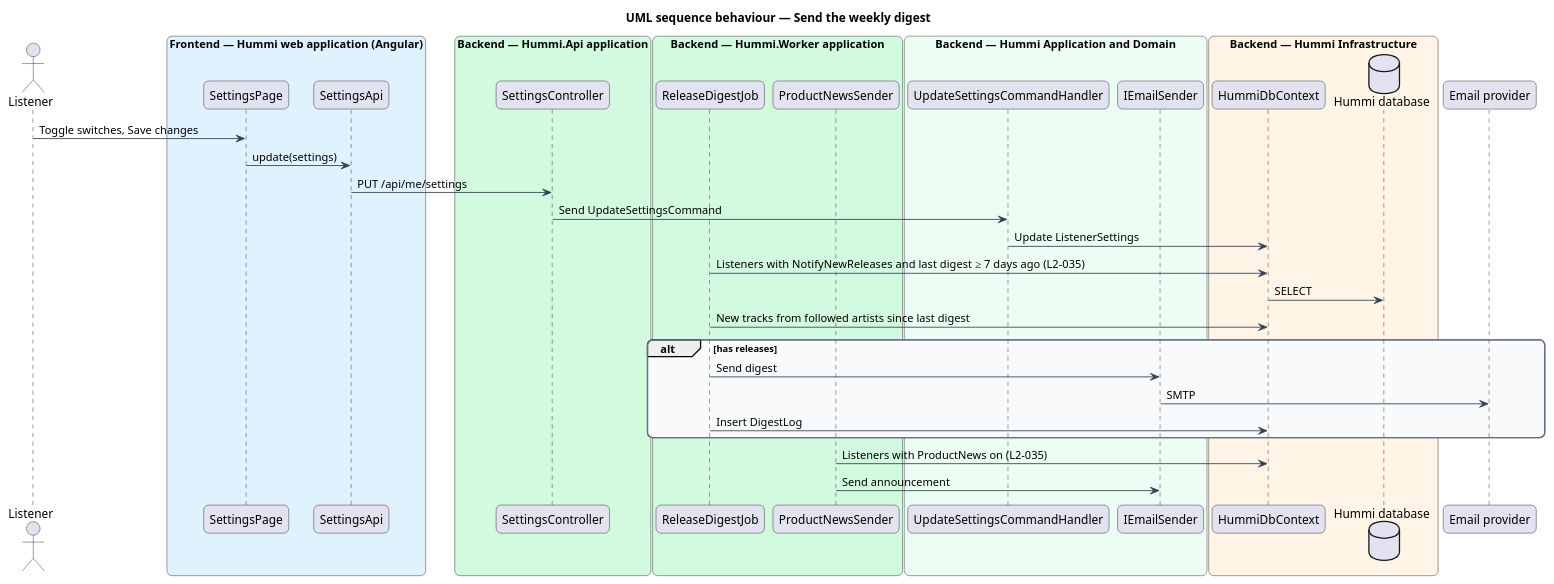
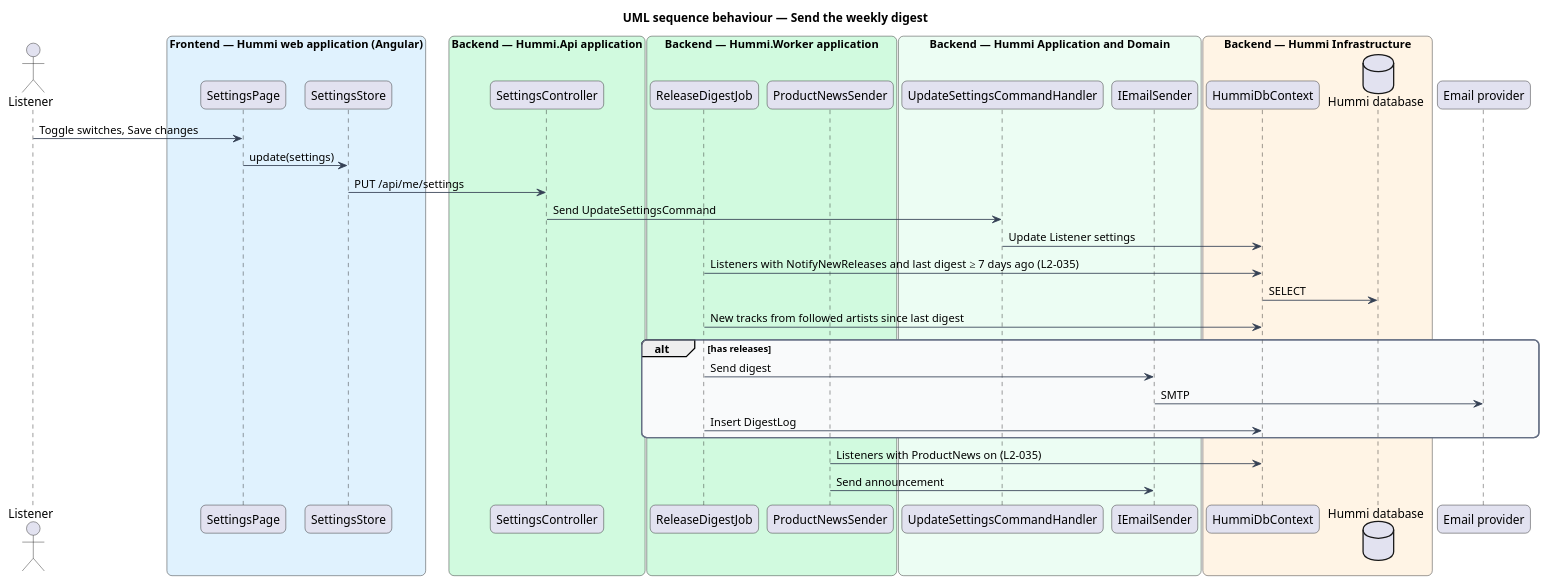
The diagram in docs/detailed-designs/settings/set-notification-preferences/diagrams/sequence-digest.puml (QuinntyneBrown/hummi), drawn with PlantUML before and after one commit. The commit also changed 70 other files, not shown here.

```diff
--- a/docs/detailed-designs/settings/set-notification-preferences/diagrams/sequence-digest.puml
+++ b/docs/detailed-designs/settings/set-notification-preferences/diagrams/sequence-digest.puml
@@ -1,53 +1,53 @@
 @startuml
 title UML sequence behaviour — Send the weekly digest
 skinparam backgroundColor #FFFFFF
 skinparam shadowing false
 skinparam roundcorner 12
 skinparam defaultFontName Arial
 skinparam ArrowColor #344054
 skinparam rectangle {
   BorderColor #344054
   FontColor #101828
 }
 skinparam package {
   BorderColor #667085
   FontColor #101828
   BackgroundColor #F9FAFB
 }
 actor "Listener" as u
 box "Frontend — Hummi web application (Angular)" #E0F2FE
   participant "SettingsPage" as page
-  participant "SettingsApi" as client
+  participant "SettingsStore" as client
 end box
 box "Backend — Hummi.Api application" #D1FADF
   participant "SettingsController" as ctl
 end box
 box "Backend — Hummi.Worker application" #D1FADF
   participant "ReleaseDigestJob" as job
   participant "ProductNewsSender" as news
 end box
 box "Backend — Hummi Application and Domain" #ECFDF3
   participant "UpdateSettingsCommandHandler" as cmd
   participant "IEmailSender" as mail
 end box
 box "Backend — Hummi Infrastructure" #FFF4E5
   participant "HummiDbContext" as ctx
   database "Hummi database" as db
 end box
 participant "Email provider" as email
 u -> page : Toggle switches, Save changes
 page -> client : update(settings)
 client -> ctl : PUT /api/me/settings
 ctl -> cmd : Send UpdateSettingsCommand
-cmd -> ctx : Update ListenerSettings
+cmd -> ctx : Update Listener settings
 job -> ctx : Listeners with NotifyNewReleases and last digest ≥ 7 days ago (L2-035)
 ctx -> db : SELECT
 job -> ctx : New tracks from followed artists since last digest
 alt has releases
   job -> mail : Send digest
   mail -> email : SMTP
   job -> ctx : Insert DigestLog
 end
 news -> ctx : Listeners with ProductNews on (L2-035)
 news -> mail : Send announcement
 @enduml
```
